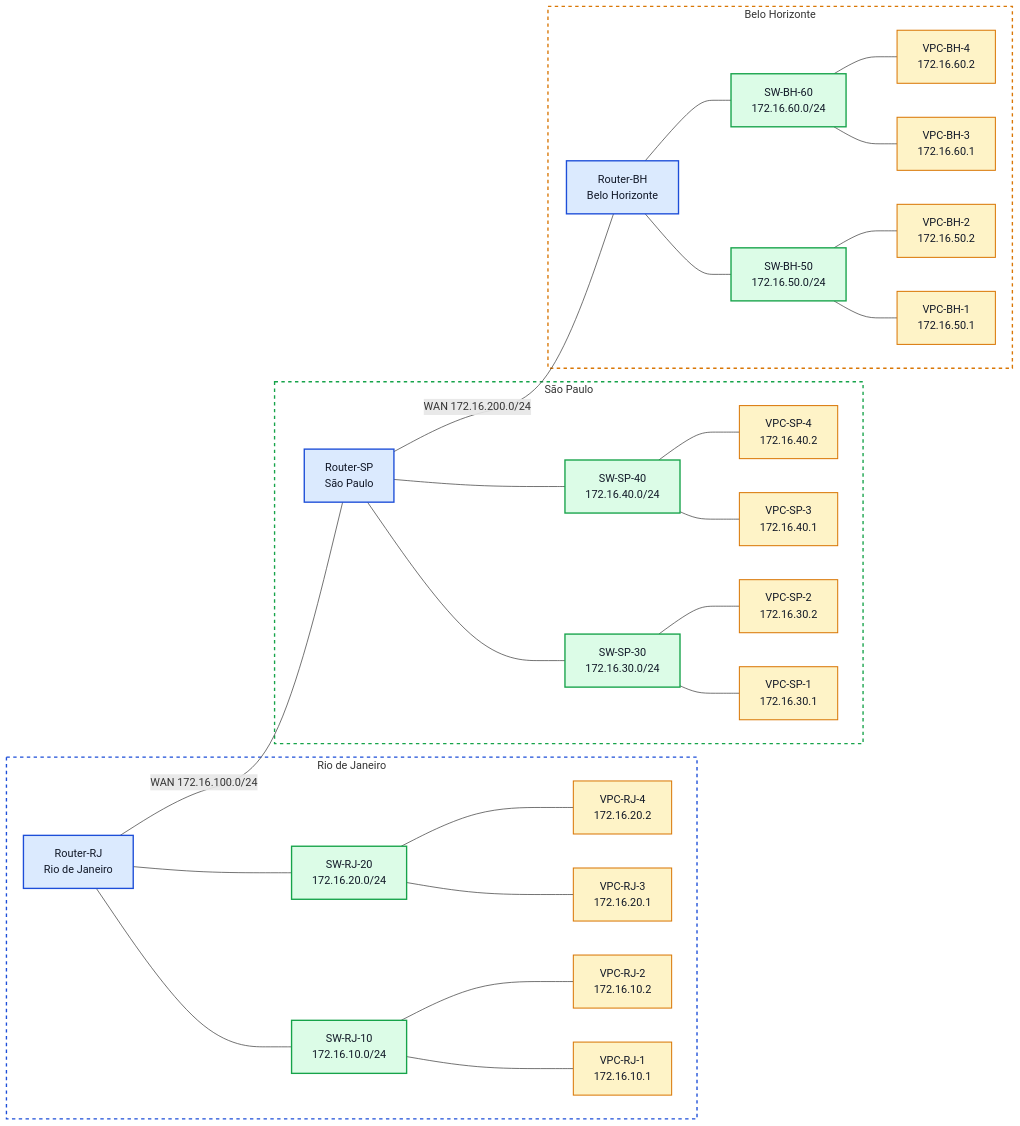
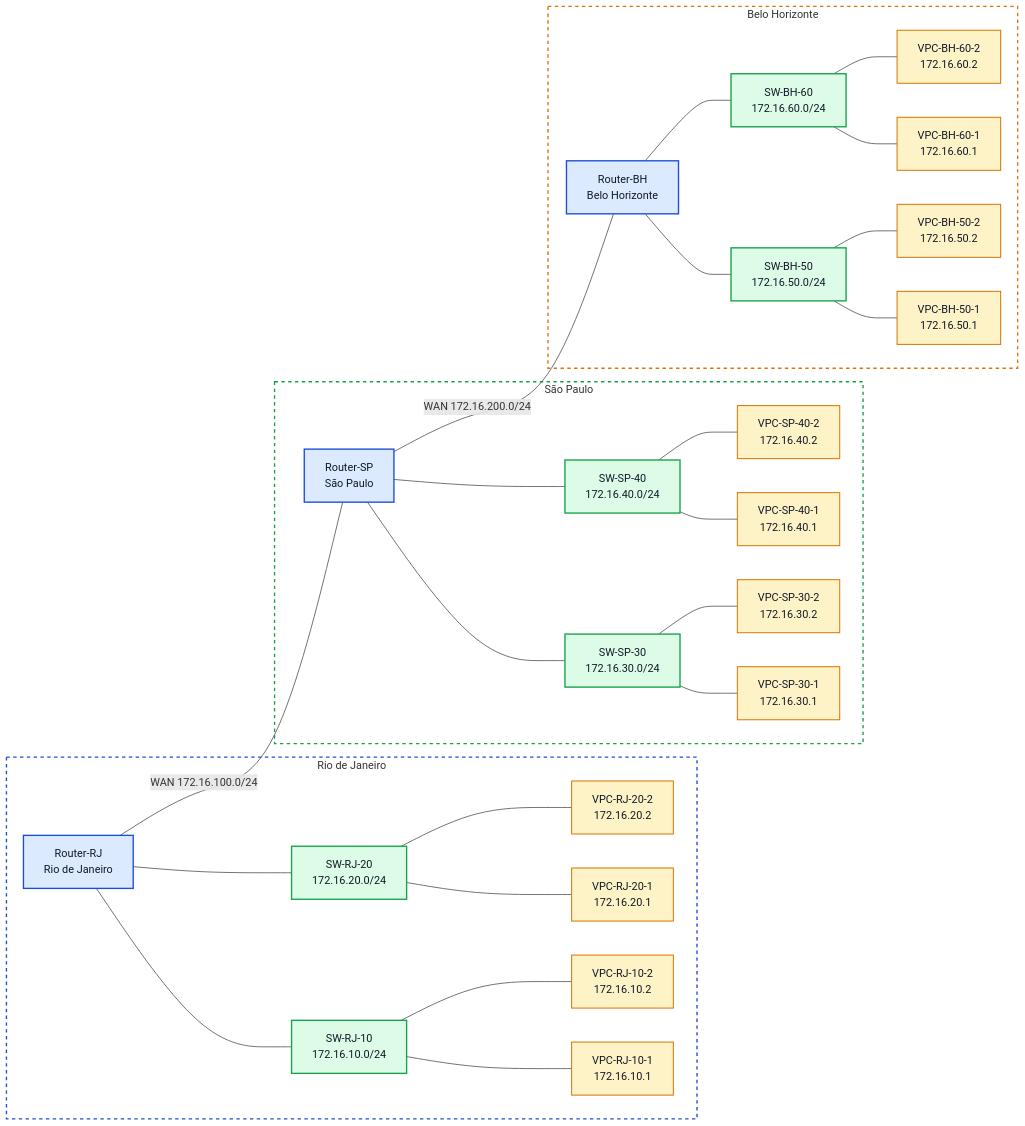
Before and after one commit to oficialvzi/PTR: the diagram in labs/lab05.md, drawn with Mermaid. The commit also changed other lines of this file and 14 other files, not shown here.

````diff
--- a/labs/lab05.md
+++ b/labs/lab05.md
@@ -94,10 +117,10 @@
     RJR --- SWRJ10
     RJR --- SWRJ20
 
-    VPCRJ1["VPC-RJ-1<br>172.16.10.1"]
-    VPCRJ2["VPC-RJ-2<br>172.16.10.2"]
-    VPCRJ3["VPC-RJ-3<br>172.16.20.1"]
-    VPCRJ4["VPC-RJ-4<br>172.16.20.2"]
+    VPCRJ1["VPC-RJ-10-1<br>172.16.10.1"]
+    VPCRJ2["VPC-RJ-10-2<br>172.16.10.2"]
+    VPCRJ3["VPC-RJ-20-1<br>172.16.20.1"]
+    VPCRJ4["VPC-RJ-20-2<br>172.16.20.2"]
 
     SWRJ10 --- VPCRJ1
     SWRJ10 --- VPCRJ2
@@ -116,10 +139,10 @@
     SPR --- SWSP30
     SPR --- SWSP40
 
-    VPCSP1["VPC-SP-1<br>172.16.30.1"]
-    VPCSP2["VPC-SP-2<br>172.16.30.2"]
-    VPCSP3["VPC-SP-3<br>172.16.40.1"]
-    VPCSP4["VPC-SP-4<br>172.16.40.2"]
+    VPCSP1["VPC-SP-30-1<br>172.16.30.1"]
+    VPCSP2["VPC-SP-30-2<br>172.16.30.2"]
+    VPCSP3["VPC-SP-40-1<br>172.16.40.1"]
+    VPCSP4["VPC-SP-40-2<br>172.16.40.2"]
 
     SWSP30 --- VPCSP1
     SWSP30 --- VPCSP2
@@ -138,10 +161,10 @@
     BHR --- SWBH50
     BHR --- SWBH60
 
-    VPCBH1["VPC-BH-1<br>172.16.50.1"]
-    VPCBH2["VPC-BH-2<br>172.16.50.2"]
-    VPCBH3["VPC-BH-3<br>172.16.60.1"]
-    VPCBH4["VPC-BH-4<br>172.16.60.2"]
+    VPCBH1["VPC-BH-50-1<br>172.16.50.1"]
+    VPCBH2["VPC-BH-50-2<br>172.16.50.2"]
+    VPCBH3["VPC-BH-60-1<br>172.16.60.1"]
+    VPCBH4["VPC-BH-60-2<br>172.16.60.2"]
 
     SWBH50 --- VPCBH1
     SWBH50 --- VPCBH2
@@ -169,7 +192,7 @@
   %% =========================
   %% Blocos dos estados
   %% =========================
-  style RJ fill:transparent,stroke:#1d4ed8,stroke-width:2px,stroke-dasharray:5,5
-  style SP fill:transparent,stroke:#16a34a,stroke-width:2px,stroke-dasharray:5,5
-  style BH fill:transparent,stroke:#d97706,stroke-width:2px,stroke-dasharray:5,5
+  style RJ fill:transparent,stroke:#1d4ed8,stroke-width:2px,stroke-dasharray:5 5
+  style SP fill:transparent,stroke:#16a34a,stroke-width:2px,stroke-dasharray:5 5
+  style BH fill:transparent,stroke:#d97706,stroke-width:2px,stroke-dasharray:5 5
 ```
````
